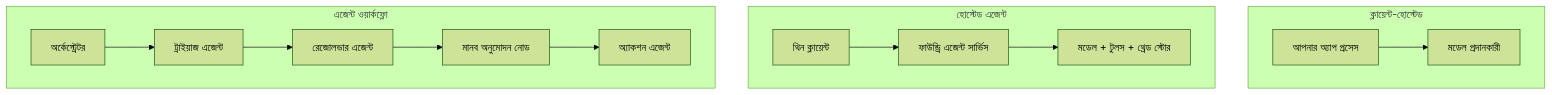
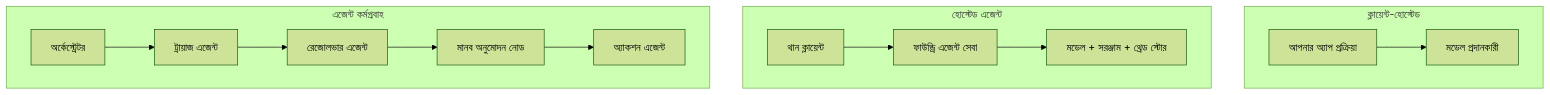
Before and after one commit to gabrielmoreira/agent-skills-mirror: the first of 4 diagrams in mirrors/repos/microsoft@ai-agents-for-beginners/translations/bn/16-deploying-scalable-agents/README.md, drawn with Mermaid (forest theme). The commit also changed other lines of this file and 4262 other files, not shown here.

````diff
--- a/mirrors/repos/microsoft@ai-agents-for-beginners/translations/bn/16-deploying-scalable-agents/README.md
+++ b/mirrors/repos/microsoft@ai-agents-for-beginners/translations/bn/16-deploying-scalable-agents/README.md
@@ -87,16 +87,16 @@
 ```mermaid
 flowchart TB
     subgraph P1[ক্লায়েন্ট-হোস্টেড]
-        A1[আপনার অ্যাপ প্রসেস] --> M1[মডেল প্রদানকারী]
+        A1[আপনার অ্যাপ প্রক্রিয়া] --> M1[মডেল প্রদানকারী]
     end
     subgraph P2[হোস্টেড এজেন্ট]
-        A2[থিন ক্লায়েন্ট] --> F2[ফাউন্ড্রি এজেন্ট সার্ভিস]
-        F2 --> M2[মডেল + টুলস + থ্রেড স্টোর]
+        A2[থান ক্লায়েন্ট] --> F2[ফাউন্ড্রি এজেন্ট সেবা]
+        F2 --> M2[মডেল + সরঞ্জাম + থ্রেড স্টোর]
     end
-    subgraph P3[এজেন্ট ওয়ার্কফ্লো]
-        A3[অর্কেস্ট্রেটর] --> S1[ট্রাইয়াজ এজেন্ট]
+    subgraph P3[এজেন্ট কর্মপ্রবাহ]
+        A3[অর্কেস্ট্রেটর] --> S1[ট্রায়াজ এজেন্ট]
         S1 --> S2[রেজোলভার এজেন্ট]
         S2 --> H[মানব অনুমোদন নোড]
         H --> S3[অ্যাকশন এজেন্ট]
     end
 ```
````
